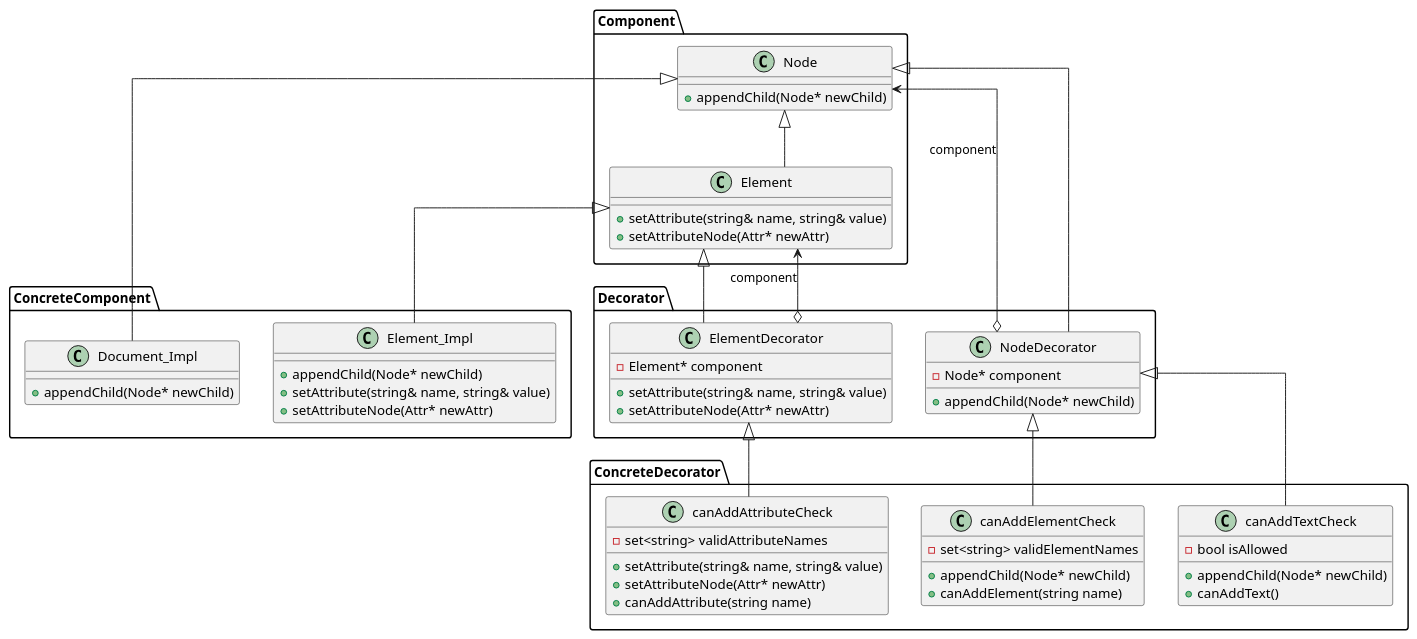
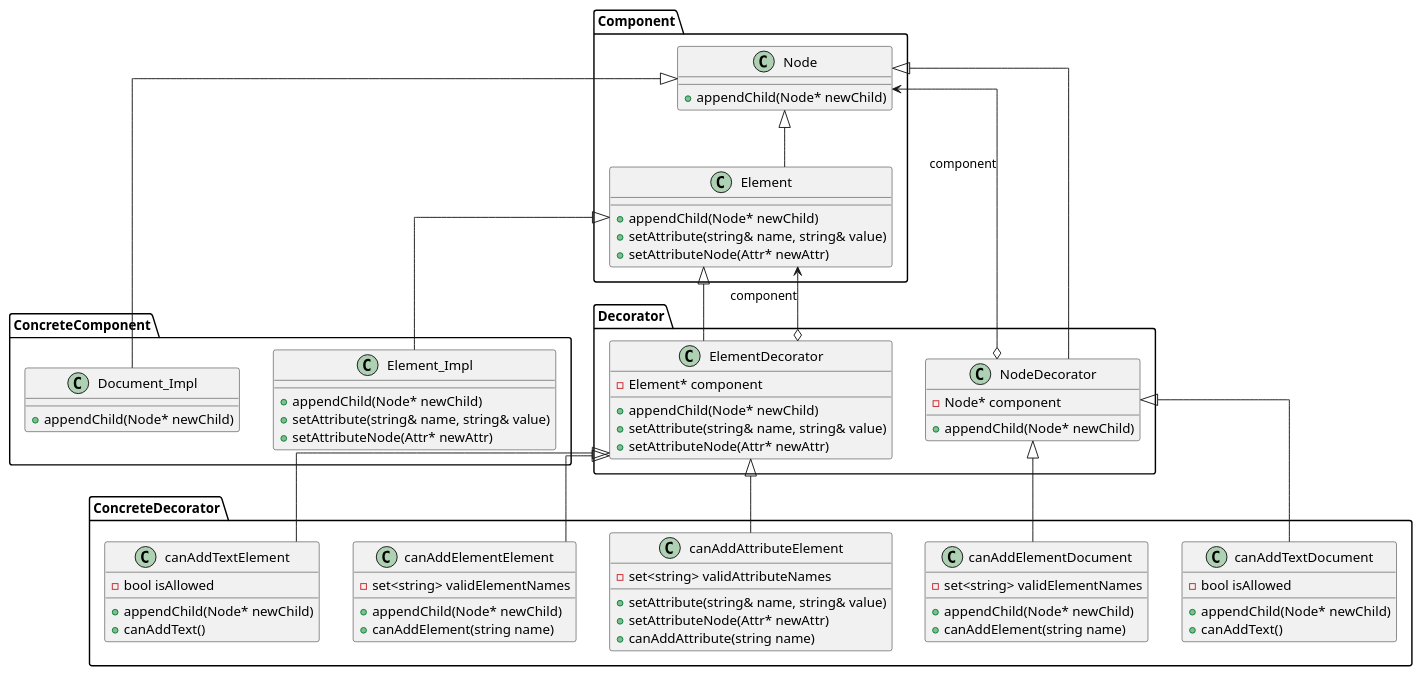
The diagram in Decorator.wsd (zavvio/EN.605.707.SP24), drawn with PlantUML before and after one commit. The commit also changed 16 other files, not shown here.

```diff
--- a/Decorator.wsd
+++ b/Decorator.wsd
@@ -1,65 +1,81 @@
 @startuml Decorator
 skinparam linetype ortho
 'skinparam linetype polyline
 
 class Component.Node {
     +appendChild(Node* newChild)
 }
 
 class Component.Element {
+    +appendChild(Node* newChild)
     +setAttribute(string& name, string& value)
     +setAttributeNode(Attr* newAttr)
 }
 
 class ConcreteComponent.Document_Impl {
     +appendChild(Node* newChild)
 }
 
 class ConcreteComponent.Element_Impl {
     +appendChild(Node* newChild)
     +setAttribute(string& name, string& value)
     +setAttributeNode(Attr* newAttr)
 }
 
 class Decorator.ElementDecorator {
     -Element* component
+    +appendChild(Node* newChild)
     +setAttribute(string& name, string& value)
     +setAttributeNode(Attr* newAttr)
 }
 
 class Decorator.NodeDecorator {
     -Node* component
     +appendChild(Node* newChild)
 }
 
-class ConcreteDecorator.canAddAttributeCheck {
+class ConcreteDecorator.canAddAttributeElement {
     -set<string> validAttributeNames
     +setAttribute(string& name, string& value)
     +setAttributeNode(Attr* newAttr)
     +canAddAttribute(string name)
 }
 
-class ConcreteDecorator.canAddElementCheck {
+class ConcreteDecorator.canAddElementElement {
     -set<string> validElementNames
     +appendChild(Node* newChild)
     +canAddElement(string name)
 }
 
-class ConcreteDecorator.canAddTextCheck {
+class ConcreteDecorator.canAddTextElement {
+    -bool isAllowed
+    +appendChild(Node* newChild)
+    +canAddText()
+}
+
+class ConcreteDecorator.canAddElementDocument {
+    -set<string> validElementNames
+    +appendChild(Node* newChild)
+    +canAddElement(string name)
+}
+
+class ConcreteDecorator.canAddTextDocument {
     -bool isAllowed
     +appendChild(Node* newChild)
     +canAddText()
 }
 
 Component.Node <|-down- Component.Element
 Component.Node <|-down- ConcreteComponent.Document_Impl
 Component.Element <|-down- ConcreteComponent.Element_Impl
 Component.Element <|-down- Decorator.ElementDecorator
 Component.Element <-down-o Decorator.ElementDecorator : component
 Component.Node <|-down- Decorator.NodeDecorator
 Component.Node <-down-o Decorator.NodeDecorator : component
-Decorator.ElementDecorator <|-down- ConcreteDecorator.canAddAttributeCheck
-Decorator.NodeDecorator <|-down- ConcreteDecorator.canAddElementCheck
-Decorator.NodeDecorator <|-down- ConcreteDecorator.canAddTextCheck
+Decorator.ElementDecorator <|-down- ConcreteDecorator.canAddElementElement
+Decorator.ElementDecorator <|-down- ConcreteDecorator.canAddAttributeElement
+Decorator.ElementDecorator <|-down- ConcreteDecorator.canAddTextElement
+Decorator.NodeDecorator <|-down- ConcreteDecorator.canAddElementDocument
+Decorator.NodeDecorator <|-down- ConcreteDecorator.canAddTextDocument
 
 @enduml
```
